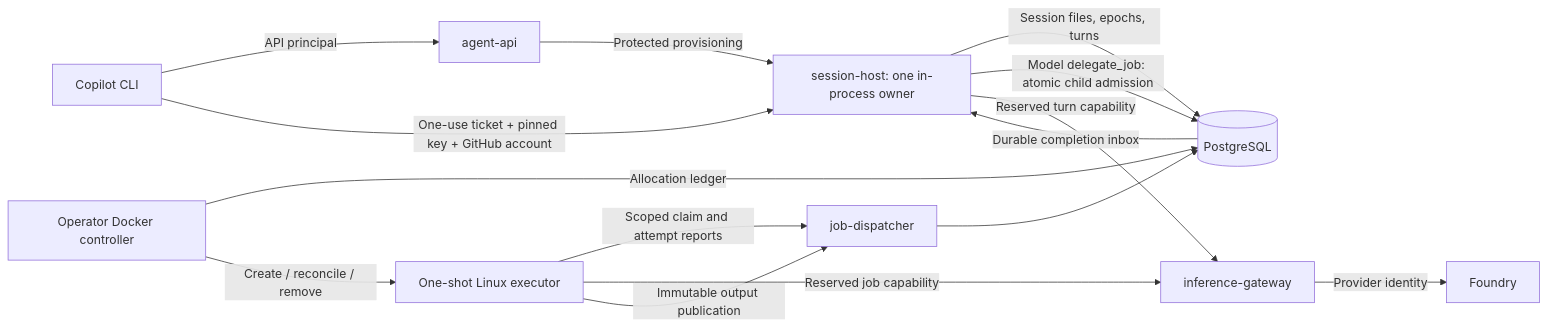
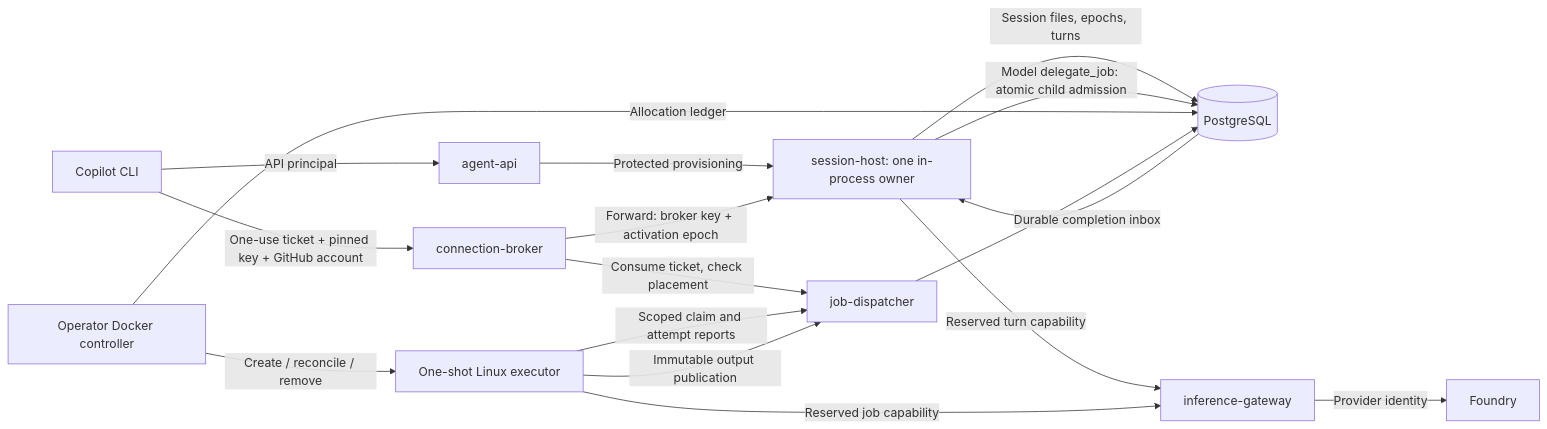
The first of 7 diagrams in docs/ARCHITECTURE.md (patniko/copilot-sdk-aspire), drawn with Mermaid before and after one commit. The commit also changed other lines of this file and 8 other files, not shown here.

First line of the commit message:
Document the connection broker and cover the demo host proxy path

````diff
--- a/docs/ARCHITECTURE.md
+++ b/docs/ARCHITECTURE.md
@@ -87,17 +88,19 @@
 ```mermaid
 flowchart LR
     CLI["Copilot CLI"] -->|"API principal"| API["agent-api"]
     API -->|"Protected provisioning"| Shared["session-host: one in-process owner"]
-    CLI -->|"One-use ticket + pinned key + GitHub account"| Shared
+    CLI -->|"One-use ticket + pinned key + GitHub account"| Broker["connection-broker"]
+    Broker -->|"Consume ticket, check placement"| Dispatcher["job-dispatcher"]
+    Broker -->|"Forward: broker key + activation epoch"| Shared
     Shared -->|"Session files, epochs, turns"| DB[("PostgreSQL")]
     Shared -->|"Model delegate_job: atomic child admission"| DB
     Controller["Operator Docker controller"] -->|"Allocation ledger"| DB
     Controller -->|"Create / reconcile / remove"| Child["One-shot Linux executor"]
-    Child -->|"Scoped claim and attempt reports"| Dispatcher["job-dispatcher"]
+    Child -->|"Scoped claim and attempt reports"| Dispatcher
     Dispatcher --> DB
     Shared -->|"Reserved turn capability"| Gateway["inference-gateway"]
     Child -->|"Reserved job capability"| Gateway
     Gateway -->|"Provider identity"| Foundry["Foundry"]
     Child -->|"Immutable output publication"| Dispatcher
     DB -->|"Durable completion inbox"| Shared
 ```
````
